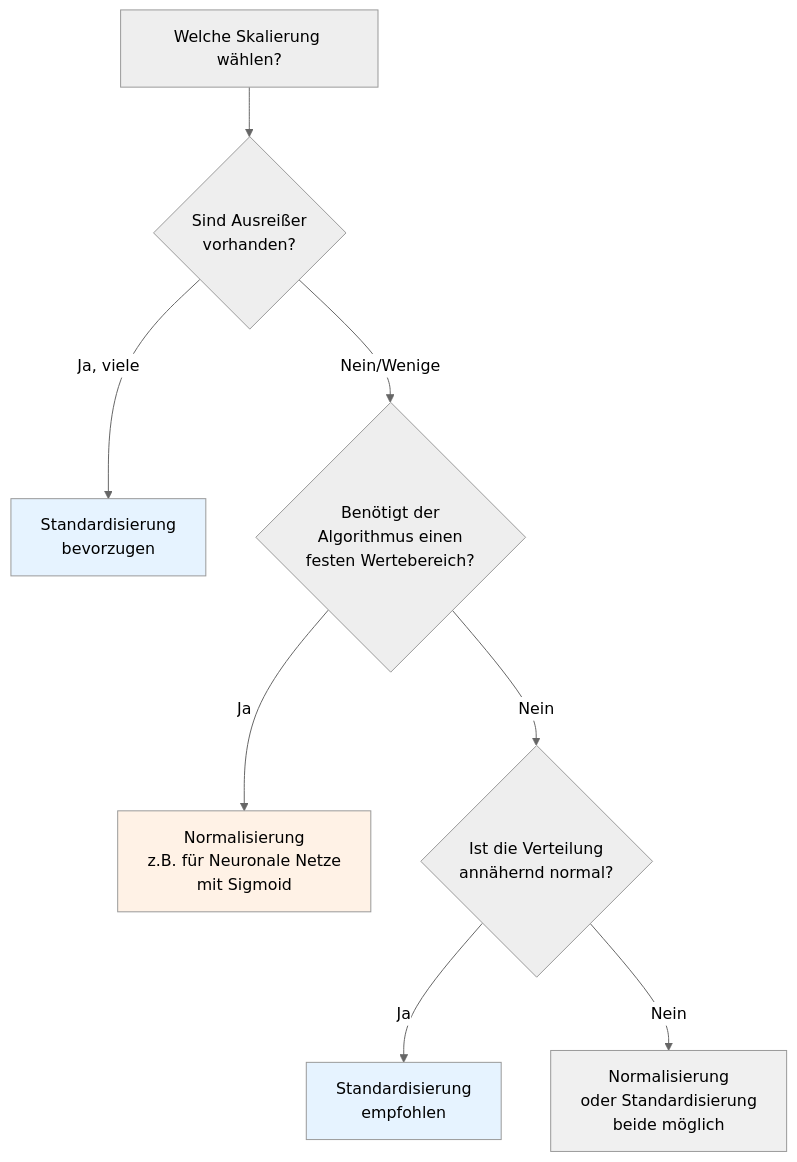
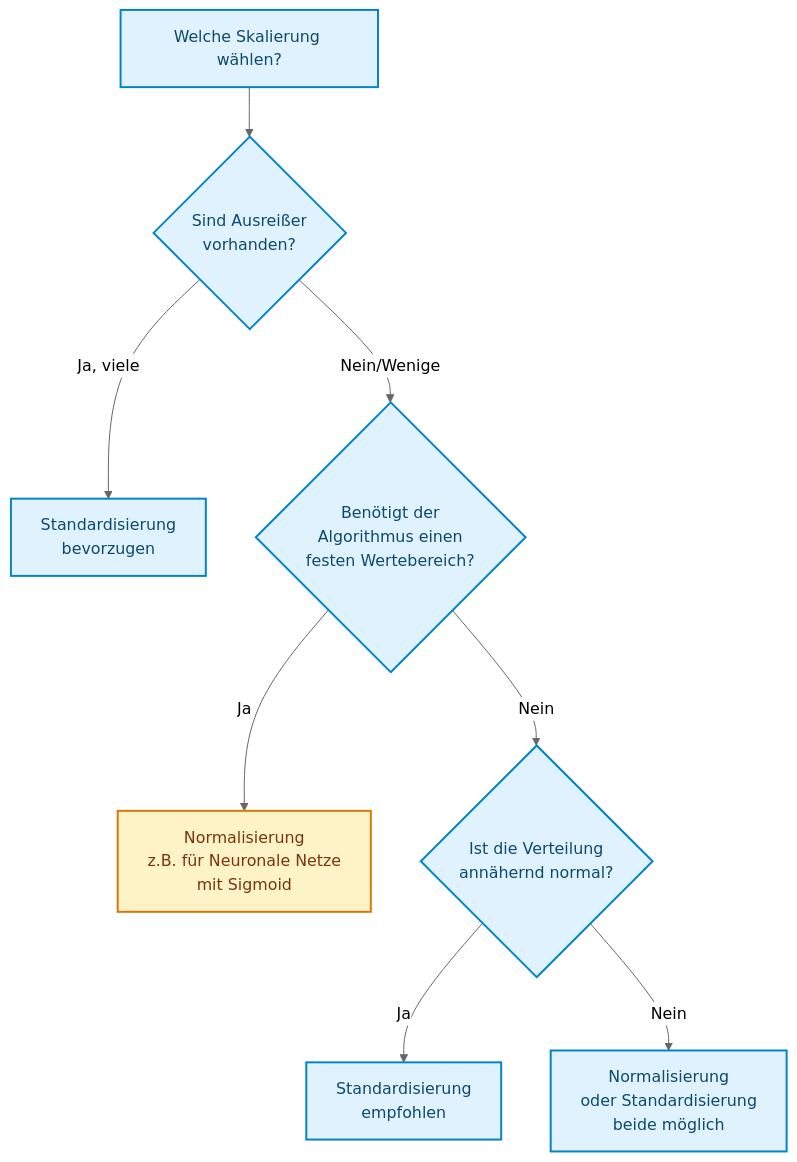
Before and after one commit to ralf-42/ML_Intro: the third of 4 diagrams in docs/concepts/prepare/skalierung.md, drawn with Mermaid (neutral theme). The commit also changed other lines of this file and 67 other files, not shown here.

````diff
--- a/docs/concepts/prepare/skalierung.md
+++ b/docs/concepts/prepare/skalierung.md
@@ -186,18 +187,17 @@
 ```mermaid
 flowchart TD
     A[Welche Skalierung wählen?] --> B{Sind Ausreißer<br/>vorhanden?}
     
     B -->|Ja, viele| C[Standardisierung<br/>bevorzugen]
     B -->|Nein/Wenige| D{Benötigt der<br/>Algorithmus einen<br/>festen Wertebereich?}
     
     D -->|Ja| E[Normalisierung<br/>z.B. für Neuronale Netze<br/>mit Sigmoid]
     D -->|Nein| F{Ist die Verteilung<br/>annähernd normal?}
     
     F -->|Ja| G[Standardisierung<br/>empfohlen]
     F -->|Nein| H[Normalisierung<br/>oder Standardisierung<br/>beide möglich]
-    
-    style C fill:#e6f3ff
-    style E fill:#fff2e6
-    style G fill:#e6f3ff
-    style H fill:#f0f0f0
+
+    classDef default fill:#e0f2fe,stroke:#0284c7,stroke-width:2px,color:#0c4a6e;
+    classDef metric fill:#fef3c7,stroke:#d97706,stroke-width:2px,color:#78350f;
+    class E metric;
 ```
````
